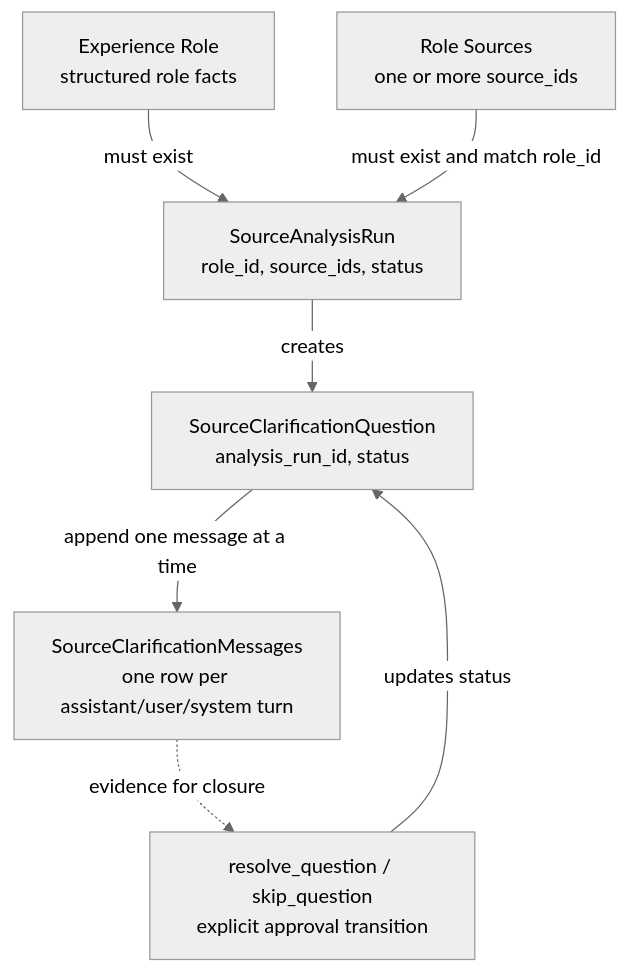
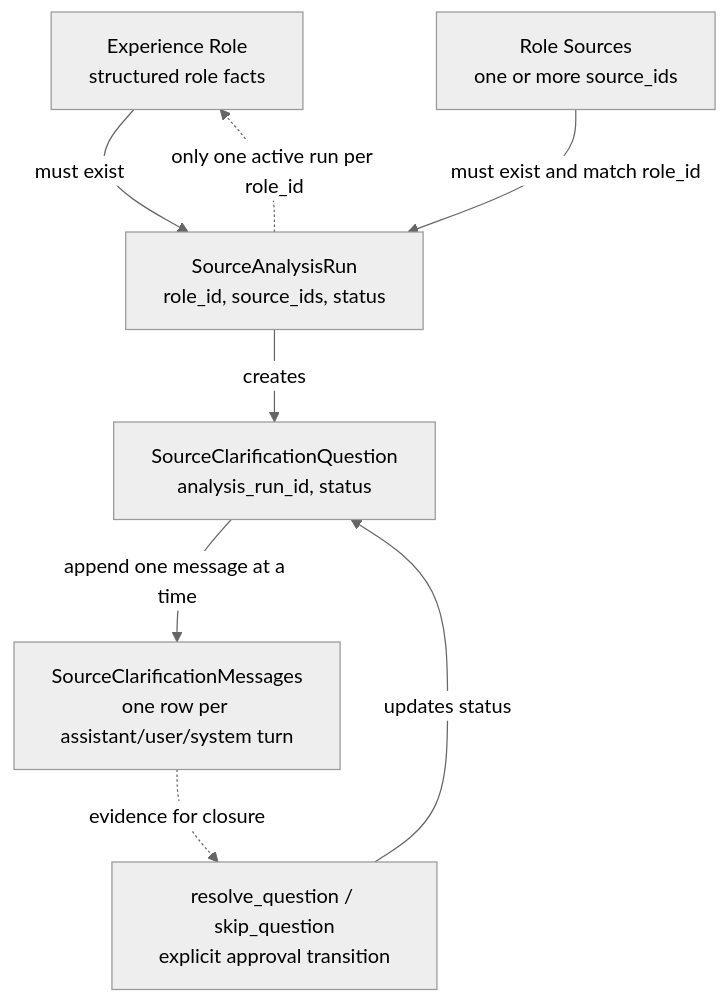
The fourth of 6 diagrams in docs/diagrams.md (rsauers0/career-agent), drawn with Mermaid (neutral theme) before and after one commit. The commit also changed 8 other files, not shown here.

````diff
--- a/docs/diagrams.md
+++ b/docs/diagrams.md
@@ -72,16 +72,17 @@
 ```mermaid
 flowchart TD
     Role["Experience Role<br/>structured role facts"]
     Sources["Role Sources<br/>one or more source_ids"]
     Run["SourceAnalysisRun<br/>role_id, source_ids, status"]
     Question["SourceClarificationQuestion<br/>analysis_run_id, status"]
     Messages["SourceClarificationMessages<br/>one row per assistant/user/system turn"]
     Resolve["resolve_question / skip_question<br/>explicit approval transition"]
 
     Role -->|"must exist"| Run
     Sources -->|"must exist and match role_id"| Run
+    Run -. "only one active run per role_id" .-> Role
     Run -->|"creates"| Question
     Question -->|"append one message at a time"| Messages
     Messages -. "evidence for closure" .-> Resolve
     Resolve -->|"updates status"| Question
 ```
````
